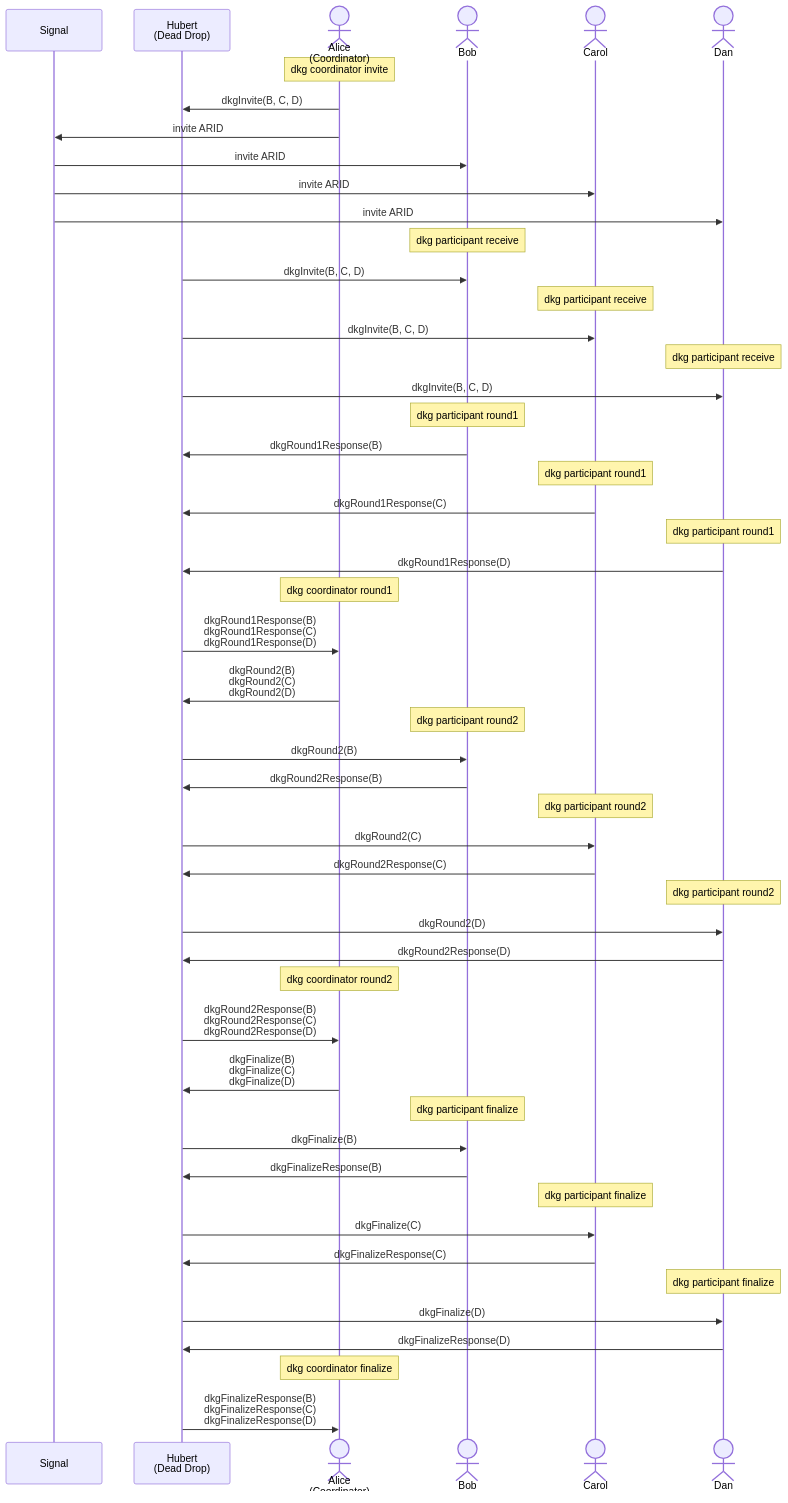
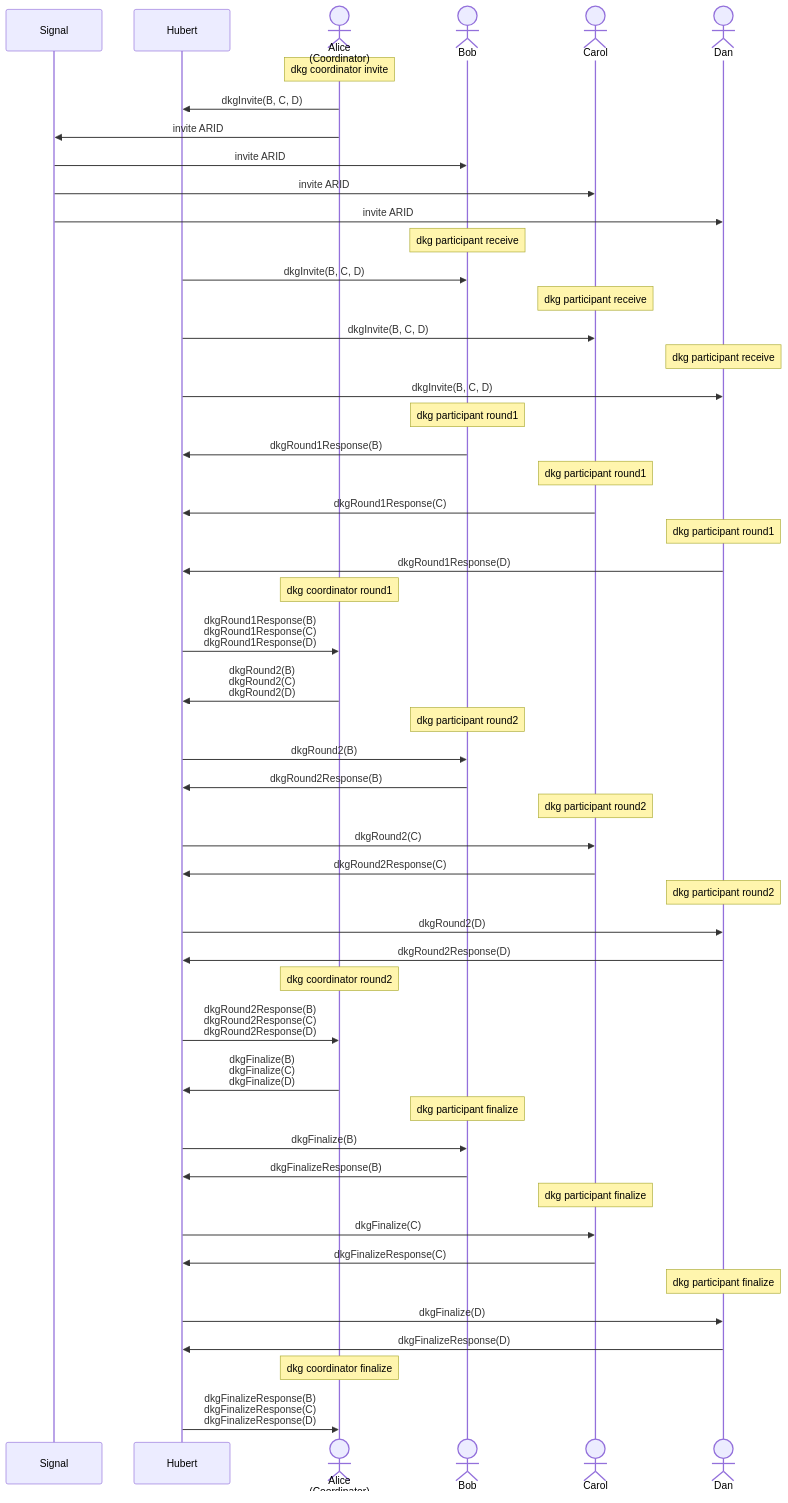
One commit to BlockchainCommons/frost-hubert-rust changed the second of 3 diagrams in sequence-diagram.md. Above: the diagram before and after it, drawn with Mermaid. The commit also changed other lines of this file and 7 other files, not shown here.

````diff
--- a/sequence-diagram.md
+++ b/sequence-diagram.md
@@ -26,69 +26,69 @@
 ```mermaid
 sequenceDiagram
     participant S as Signal
-    participant H as Hubert<br/>(Dead Drop)
+    participant H as Hubert
     actor A as Alice<br/>(Coordinator)
     actor B as Bob
     actor C as Carol
     actor D as Dan
 
     note over A: dkg coordinator invite
     A->>H: dkgInvite(B, C, D)
     A->>S: invite ARID
     S->>B: invite ARID
     S->>C: invite ARID
     S->>D: invite ARID
 
     note over B: dkg participant receive
     H->>B: dkgInvite(B, C, D)
 
     note over C: dkg participant receive
     H->>C: dkgInvite(B, C, D)
 
     note over D: dkg participant receive
     H->>D: dkgInvite(B, C, D)
 
     note over B: dkg participant round1
     B->>H: dkgRound1Response(B)
 
     note over C: dkg participant round1
     C->>H: dkgRound1Response(C)
 
     note over D: dkg participant round1
     D->>H: dkgRound1Response(D)
 
     note over A: dkg coordinator round1
     H->>A: dkgRound1Response(B)<br/>dkgRound1Response(C)<br/>dkgRound1Response(D)
     A->>H: dkgRound2(B)<br/>dkgRound2(C)<br/>dkgRound2(D)
 
     note over B: dkg participant round2
     H->>B: dkgRound2(B)
     B->>H: dkgRound2Response(B)
 
     note over C: dkg participant round2
     H->>C: dkgRound2(C)
     C->>H: dkgRound2Response(C)
 
     note over D: dkg participant round2
     H->>D: dkgRound2(D)
     D->>H: dkgRound2Response(D)
 
     note over A: dkg coordinator round2
     H->>A: dkgRound2Response(B)<br/>dkgRound2Response(C)<br/>dkgRound2Response(D)
     A->>H: dkgFinalize(B)<br/>dkgFinalize(C)<br/>dkgFinalize(D)
 
     note over B: dkg participant finalize
     H->>B: dkgFinalize(B)
     B->>H: dkgFinalizeResponse(B)
 
     note over C: dkg participant finalize
     H->>C: dkgFinalize(C)
     C->>H: dkgFinalizeResponse(C)
 
     note over D: dkg participant finalize
     H->>D: dkgFinalize(D)
     D->>H: dkgFinalizeResponse(D)
 
     note over A: dkg coordinator finalize
     H->>A: dkgFinalizeResponse(B)<br/>dkgFinalizeResponse(C)<br/>dkgFinalizeResponse(D)
 ```
````
